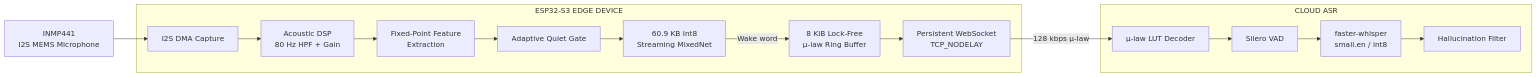
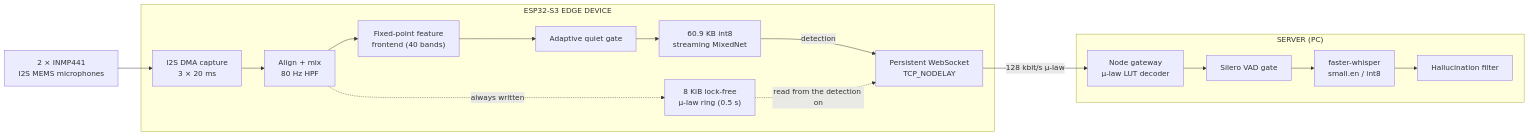
Before and after one commit to Raj24-dev/Kws: the first of 12 diagrams in README.md, drawn with Mermaid. The commit also changed other lines of this file and 211 other files, not shown here.

Commit message:
Add Edge KWS firmware, server, and benchmark suite

````diff
--- a/README.md
+++ b/README.md
@@ -149,35 +137,30 @@
 ```mermaid
 flowchart LR
 
-    MIC["INMP441<br/>I2S MEMS Microphone"]
+    MIC["2 × INMP441<br/>I2S MEMS microphones"]
 
     subgraph ESP["ESP32-S3 EDGE DEVICE"]
-        I2S["I2S DMA Capture"]
-        DSP["Acoustic DSP<br/>80 Hz HPF + Gain"]
-        FE["Fixed-Point Feature<br/>Extraction"]
-        KWS["60.9 KB Int8<br/>Streaming MixedNet"]
-        GATE["Adaptive Quiet Gate"]
-        RING["8 KiB Lock-Free<br/>μ-law Ring Buffer"]
+        I2S["I2S DMA capture<br/>3 × 20 ms"]
+        DSP["Align + mix<br/>80 Hz HPF"]
+        FE["Fixed-point feature<br/>frontend (40 bands)"]
+        GATE["Adaptive quiet gate"]
+        KWS["60.9 KB int8<br/>streaming MixedNet"]
+        RING["8 KiB lock-free<br/>µ-law ring (0.5 s)"]
         WS["Persistent WebSocket<br/>TCP_NODELAY"]
     end
 
-    subgraph CLOUD["CLOUD ASR"]
-        DEC["μ-law LUT Decoder"]
-        VAD["Silero VAD"]
+    subgraph CLOUD["SERVER (PC)"]
+        DEC["Node gateway<br/>µ-law LUT decoder"]
+        VAD["Silero VAD gate"]
         ASR["faster-whisper<br/>small.en / int8"]
-        FILTER["Hallucination Filter"]
+        FILTER["Hallucination filter"]
     end
 
-    MIC --> I2S
-    I2S --> DSP
-    DSP --> FE
-    FE --> GATE
-    GATE --> KWS
-
-    KWS -->|"Wake word"| RING
-    RING --> WS
-    WS -->|"128 kbps μ-law"| DEC
-    DEC --> VAD
-    VAD --> ASR
-    ASR --> FILTER
+    MIC --> I2S --> DSP
+    DSP --> FE --> GATE --> KWS
+    DSP -. "always written" .-> RING
+    KWS -->|"detection"| WS
+    RING -. "read from the detection on" .-> WS
+    WS -->|"128 kbit/s µ-law"| DEC
+    DEC --> VAD --> ASR --> FILTER
 ```
````
